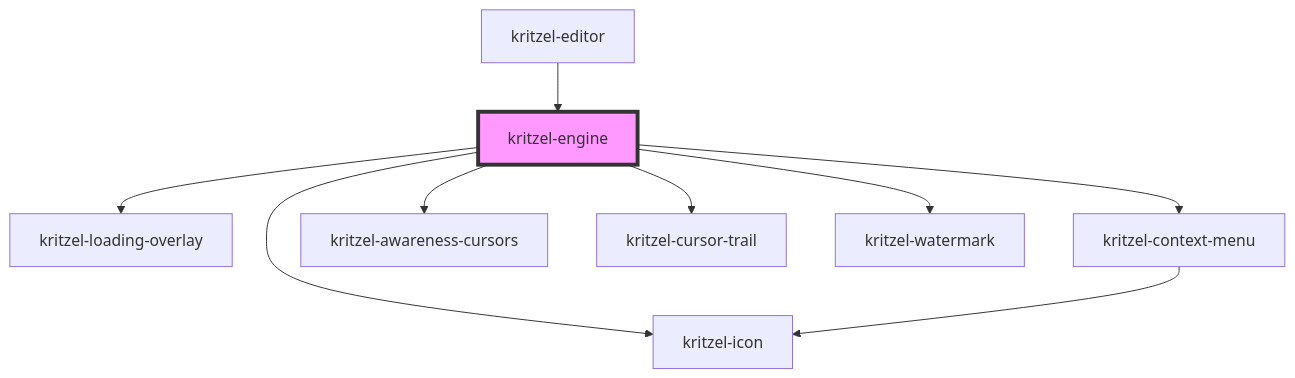
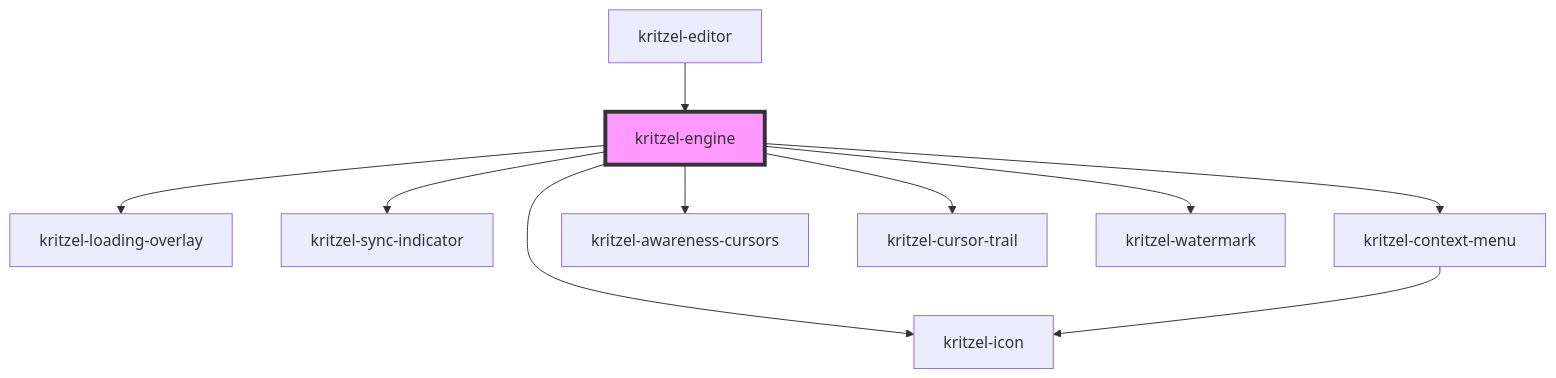
Before and after one commit to kasual1/kritzel: the diagram in libs/kritzel-stencil/src/components/core/kritzel-engine/readme.md, drawn with Mermaid. The commit also changed other lines of this file and 8 other files, not shown here.

````diff
--- a/libs/kritzel-stencil/src/components/core/kritzel-engine/readme.md
+++ b/libs/kritzel-stencil/src/components/core/kritzel-engine/readme.md
@@ -1190,12 +1192,13 @@
 ```mermaid
 graph TD;
   kritzel-engine --> kritzel-loading-overlay
+  kritzel-engine --> kritzel-sync-indicator
   kritzel-engine --> kritzel-icon
   kritzel-engine --> kritzel-context-menu
   kritzel-engine --> kritzel-awareness-cursors
   kritzel-engine --> kritzel-cursor-trail
   kritzel-engine --> kritzel-watermark
   kritzel-context-menu --> kritzel-icon
   kritzel-editor --> kritzel-engine
   style kritzel-engine fill:#f9f,stroke:#333,stroke-width:4px
 ```
````
